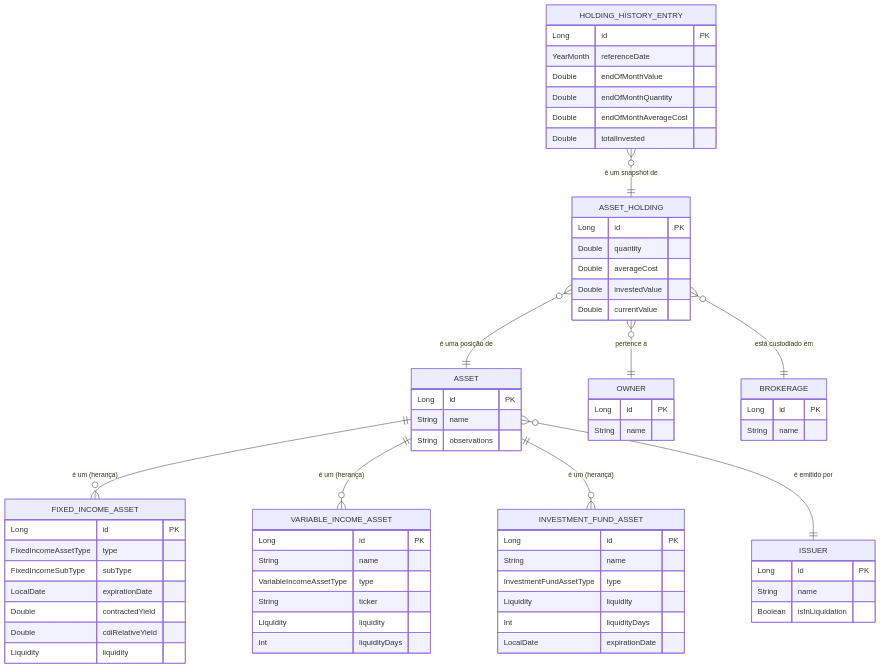
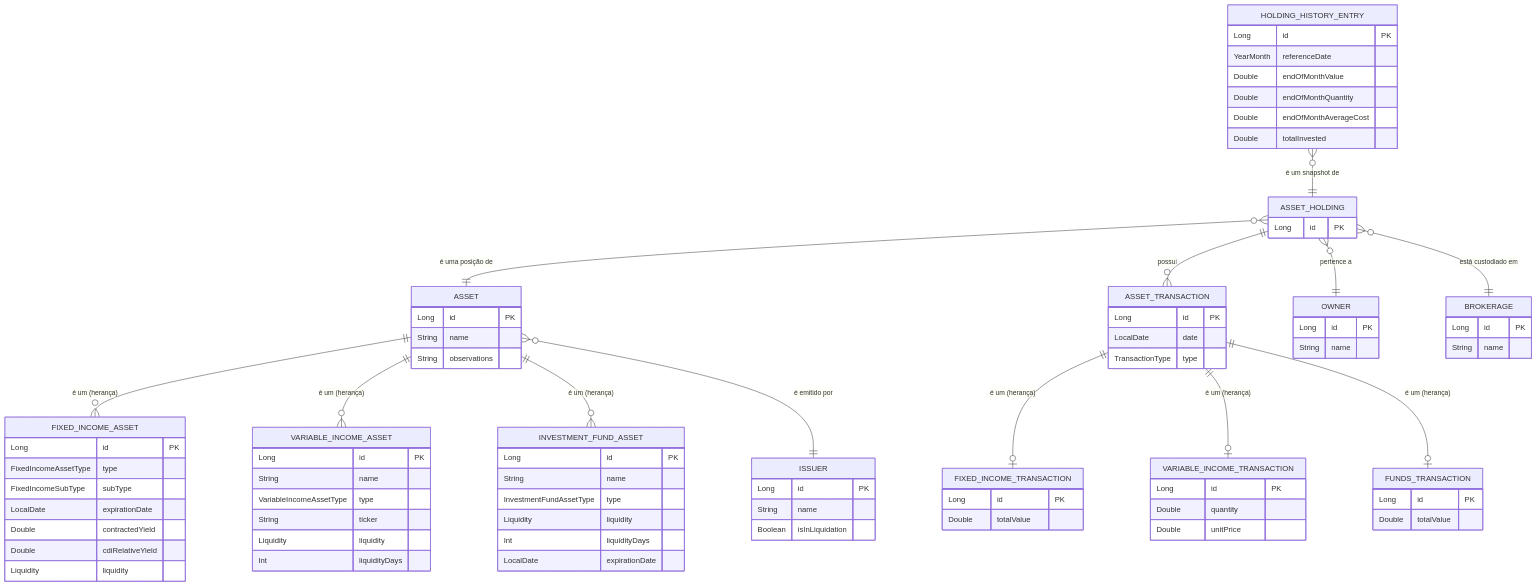
One commit to enirsilvaferraz/Investments-KMP changed the diagram in docs/Modelagem de Dominio.md. Above: the diagram before and after it, drawn with Mermaid. The commit also changed other lines of this file and 1 other file, not shown here.

````diff
--- a/docs/Modelagem de Dominio.md
+++ b/docs/Modelagem de Dominio.md
@@ -50,10 +51,24 @@
     }
     ASSET_HOLDING {
         Long id PK
+    }
+    ASSET_TRANSACTION {
+        Long id PK
+        LocalDate date
+        TransactionType type
+    }
+    FIXED_INCOME_TRANSACTION {
+        Long id PK
+        Double totalValue
+    }
+    VARIABLE_INCOME_TRANSACTION {
+        Long id PK
         Double quantity
-        Double averageCost
-        Double investedValue
-        Double currentValue
+        Double unitPrice
+    }
+    FUNDS_TRANSACTION {
+        Long id PK
+        Double totalValue
     }
     HOLDING_HISTORY_ENTRY {
         Long id PK
@@ -84,5 +99,9 @@
     ASSET_HOLDING }o--|| ASSET : "é uma posição de"
     ASSET_HOLDING }o--|| OWNER : "pertence a"
     ASSET_HOLDING }o--|| BROKERAGE : "está custodiado em"
+    ASSET_HOLDING ||--o{ ASSET_TRANSACTION : "possui"
+    ASSET_TRANSACTION ||--o| FIXED_INCOME_TRANSACTION : "é um (herança)"
+    ASSET_TRANSACTION ||--o| VARIABLE_INCOME_TRANSACTION : "é um (herança)"
+    ASSET_TRANSACTION ||--o| FUNDS_TRANSACTION : "é um (herança)"
     HOLDING_HISTORY_ENTRY }o--|| ASSET_HOLDING : "é um snapshot de"
 ```
````
